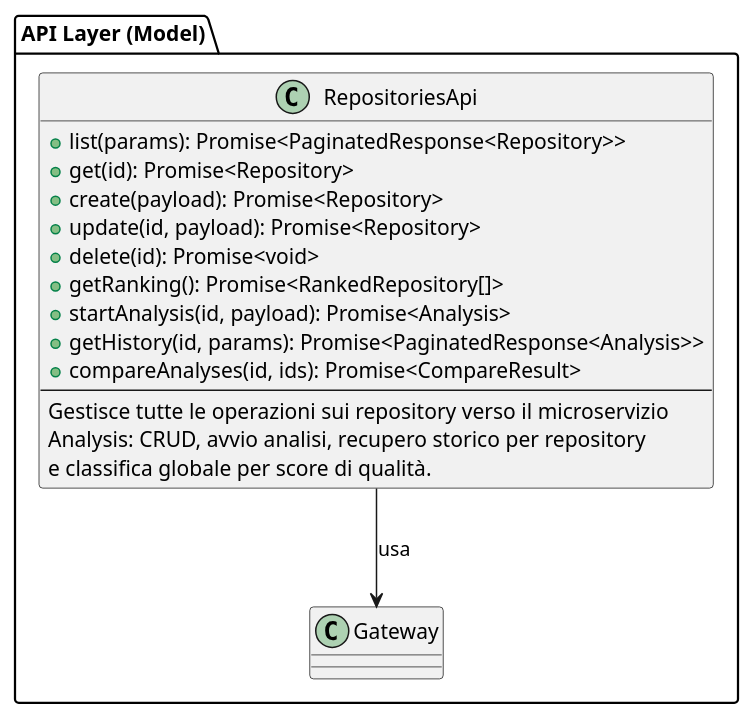
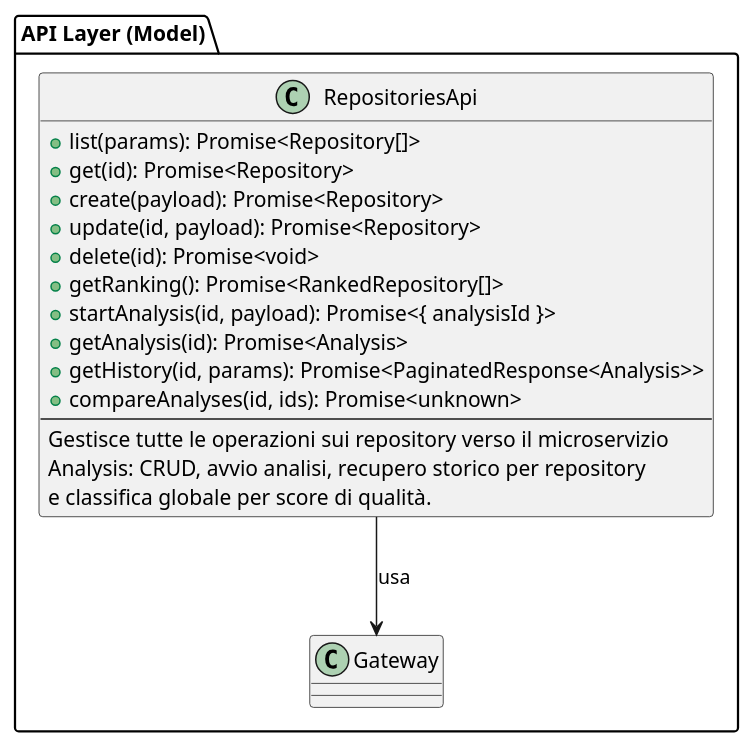
The diagram in assets/st_diagrams/code/frontend/api/repositories_api.plantuml (SkarabGroup/DocumentazioneProgetto), drawn with PlantUML before and after one commit. The commit also changed 42 other files, not shown here.

Commit message:
Diagrammi e sezione frontend ST

```diff
--- a/assets/st_diagrams/code/frontend/api/repositories_api.plantuml
+++ b/assets/st_diagrams/code/frontend/api/repositories_api.plantuml
@@ -1,21 +1,22 @@
 @startuml
 package "API Layer (Model)" {
   class RepositoriesApi {
-    + list(params): Promise<PaginatedResponse<Repository>>
+    + list(params): Promise<Repository[]>
     + get(id): Promise<Repository>
     + create(payload): Promise<Repository>
     + update(id, payload): Promise<Repository>
     + delete(id): Promise<void>
     + getRanking(): Promise<RankedRepository[]>
-    + startAnalysis(id, payload): Promise<Analysis>
+    + startAnalysis(id, payload): Promise<{ analysisId }>
+    + getAnalysis(id): Promise<Analysis>
     + getHistory(id, params): Promise<PaginatedResponse<Analysis>>
-    + compareAnalyses(id, ids): Promise<CompareResult>
+    + compareAnalyses(id, ids): Promise<unknown>
     --
     Gestisce tutte le operazioni sui repository verso il microservizio
     Analysis: CRUD, avvio analisi, recupero storico per repository
     e classifica globale per score di qualità.
   }
 
   RepositoriesApi --> "Gateway" : usa
 }
 @enduml
```
